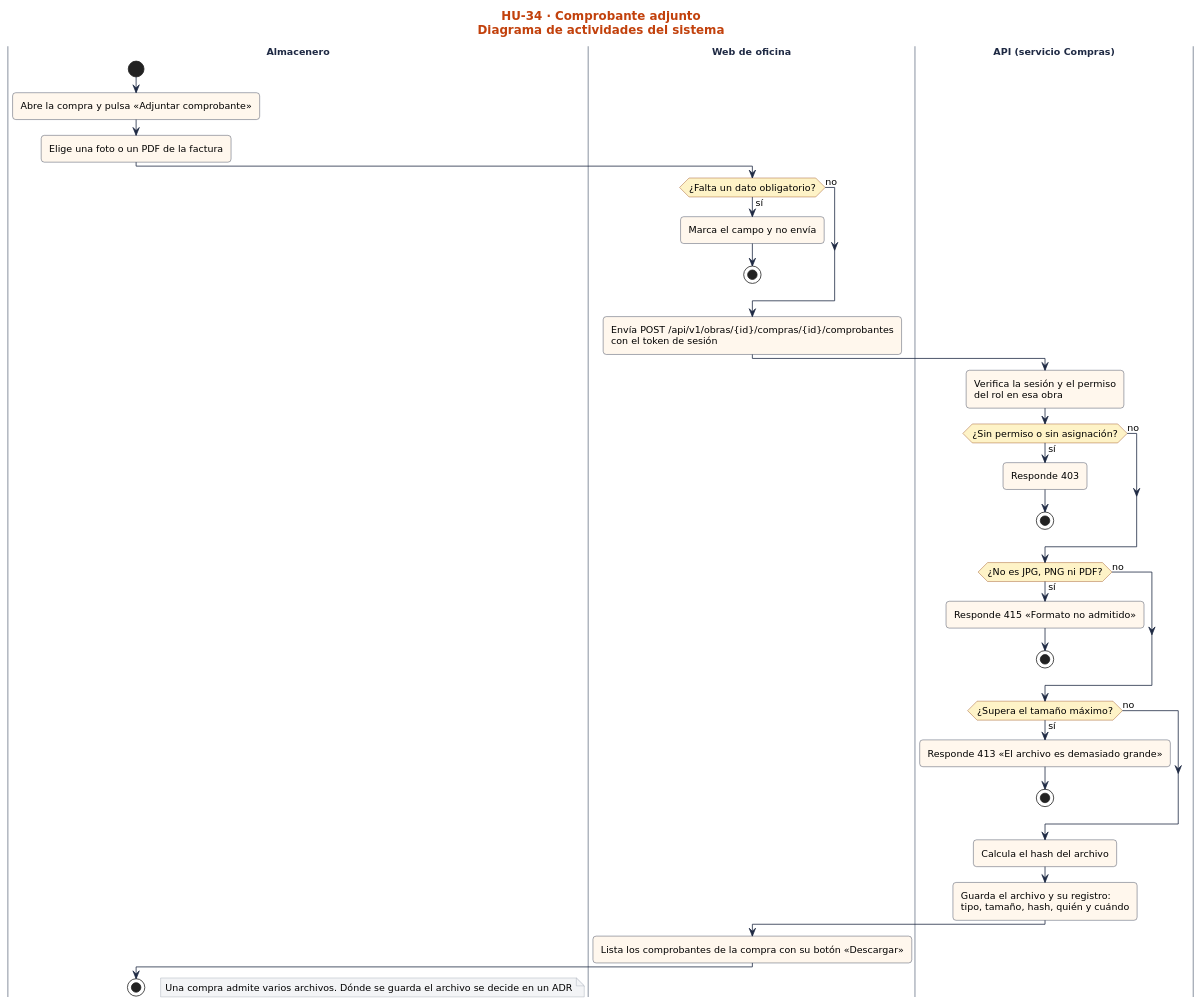
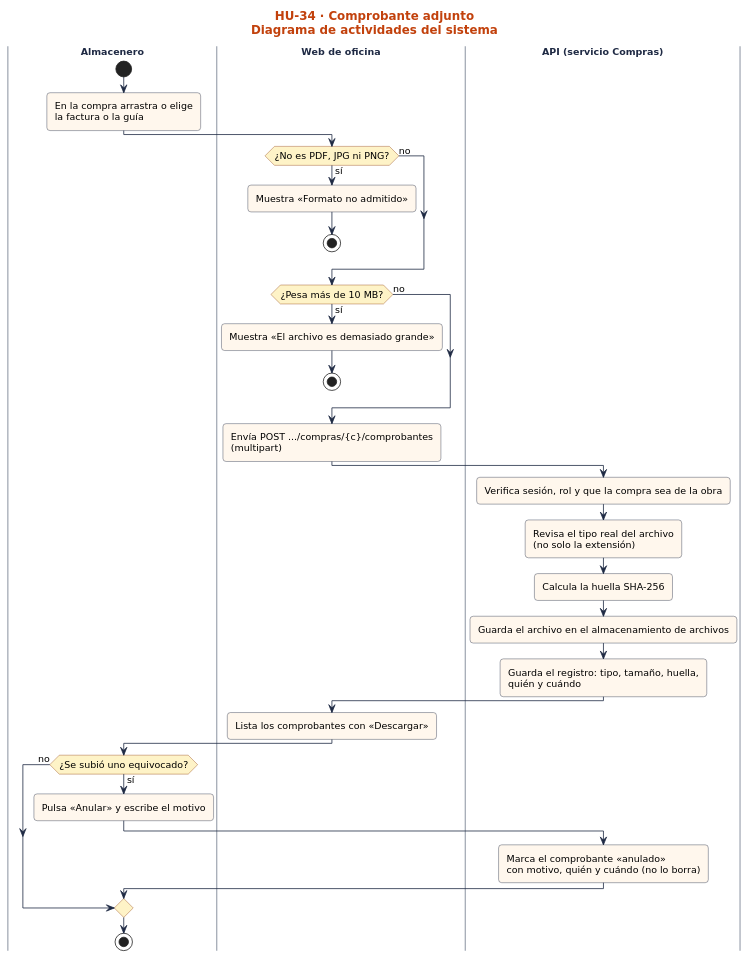
Before and after one commit to nandoestebanif/sevens-sigro: the diagram in docs/sprint-2/diagramas-hu/hu-34-comprobante-adjunto/actividades.puml, drawn with PlantUML. The commit also changed 56 other files, not shown here.

First line of the commit message:
docs(sprint-2): diagramas a medida de 12 HU, estados E06/E07/E12 y guía de Adiel

```diff
--- a/docs/sprint-2/diagramas-hu/hu-34-comprobante-adjunto/actividades.puml
+++ b/docs/sprint-2/diagramas-hu/hu-34-comprobante-adjunto/actividades.puml
@@ -1,70 +1,68 @@
 @startuml
 skinparam defaultFontName "DejaVu Sans"
 skinparam defaultFontSize 12
 skinparam shadowing false
 skinparam roundCorner 8
 skinparam ArrowColor #1F2A44
 skinparam ActivityBorderColor #1F2A44
 skinparam ActivityBackgroundColor #FFF7ED
 skinparam ActivityDiamondBackgroundColor #FEF3C7
 skinparam ActivityDiamondBorderColor #92400E
 skinparam SwimlaneTitleFontStyle bold
 skinparam SwimlaneTitleFontColor #1F2A44
 skinparam SwimlaneBorderColor #9CA3AF
 skinparam PartitionBorderColor #9CA3AF
 skinparam ParticipantBorderColor #1F2A44
 skinparam ParticipantBackgroundColor #FFF7ED
 skinparam ActorBorderColor #1F2A44
 skinparam ActorBackgroundColor #FFF7ED
 skinparam DatabaseBorderColor #1F2A44
 skinparam DatabaseBackgroundColor #E0E7FF
 skinparam SequenceLifeLineBorderColor #9CA3AF
 skinparam SequenceGroupBorderColor #C2410C
 skinparam SequenceGroupHeaderFontColor #C2410C
 skinparam StateBorderColor #1F2A44
 skinparam StateBackgroundColor #FFF7ED
 skinparam StateStartColor #1F2A44
 skinparam StateEndColor #1F2A44
 skinparam NoteBackgroundColor #F3F4F6
 skinparam NoteBorderColor #9CA3AF
 skinparam TitleFontSize 15
 skinparam TitleFontColor #C2410C
 skinparam ClassBorderColor #1F2A44
 skinparam ClassBackgroundColor #FFF7ED
+
 title HU-34 · Comprobante adjunto\nDiagrama de actividades del sistema
 |Almacenero|
 start
-:Abre la compra y pulsa «Adjuntar comprobante»;
-:Elige una foto o un PDF de la factura;
+:En la compra arrastra o elige\nla factura o la guía;
 |Web de oficina|
-if (¿Falta un dato obligatorio?) then (sí)
-:Marca el campo y no envía;
-stop
+if (¿No es PDF, JPG ni PNG?) then (sí)
+  :Muestra «Formato no admitido»;
+  stop
 else (no)
 endif
-:Envía POST /api/v1/obras/{id}/compras/{id}/comprobantes\ncon el token de sesión;
-|API (servicio Compras)|
-:Verifica la sesión y el permiso\ndel rol en esa obra;
-if (¿Sin permiso o sin asignación?) then (sí)
-:Responde 403;
-stop
+if (¿Pesa más de 10 MB?) then (sí)
+  :Muestra «El archivo es demasiado grande»;
+  stop
 else (no)
 endif
-if (¿No es JPG, PNG ni PDF?) then (sí)
-:Responde 415 «Formato no admitido»;
-stop
+:Envía POST .../compras/{c}/comprobantes\n(multipart);
+|API (servicio Compras)|
+:Verifica sesión, rol y que la compra sea de la obra;
+:Revisa el tipo real del archivo\n(no solo la extensión);
+:Calcula la huella SHA-256;
+:Guarda el archivo en el almacenamiento de archivos;
+:Guarda el registro: tipo, tamaño, huella,\nquién y cuándo;
+|Web de oficina|
+:Lista los comprobantes con «Descargar»;
+|Almacenero|
+if (¿Se subió uno equivocado?) then (sí)
+  :Pulsa «Anular» y escribe el motivo;
+  |API (servicio Compras)|
+  :Marca el comprobante «anulado»\ncon motivo, quién y cuándo (no lo borra);
 else (no)
 endif
-if (¿Supera el tamaño máximo?) then (sí)
-:Responde 413 «El archivo es demasiado grande»;
-stop
-else (no)
-endif
-:Calcula el hash del archivo;
-:Guarda el archivo y su registro:\ntipo, tamaño, hash, quién y cuándo;
-|Web de oficina|
-:Lista los comprobantes de la compra con su botón «Descargar»;
 |Almacenero|
 stop
-floating note right: Una compra admite varios archivos. Dónde se guarda el archivo se decide en un ADR
 @enduml
```
